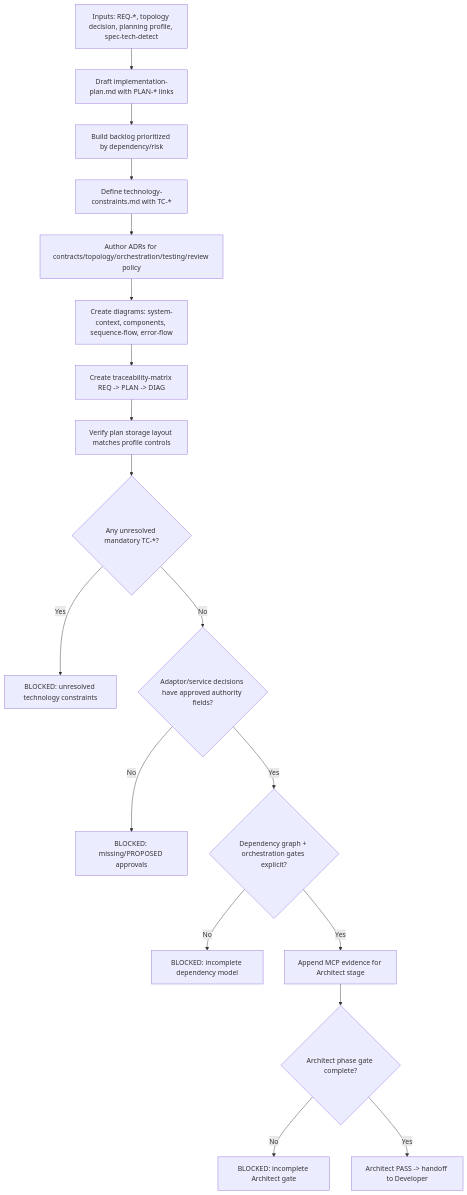
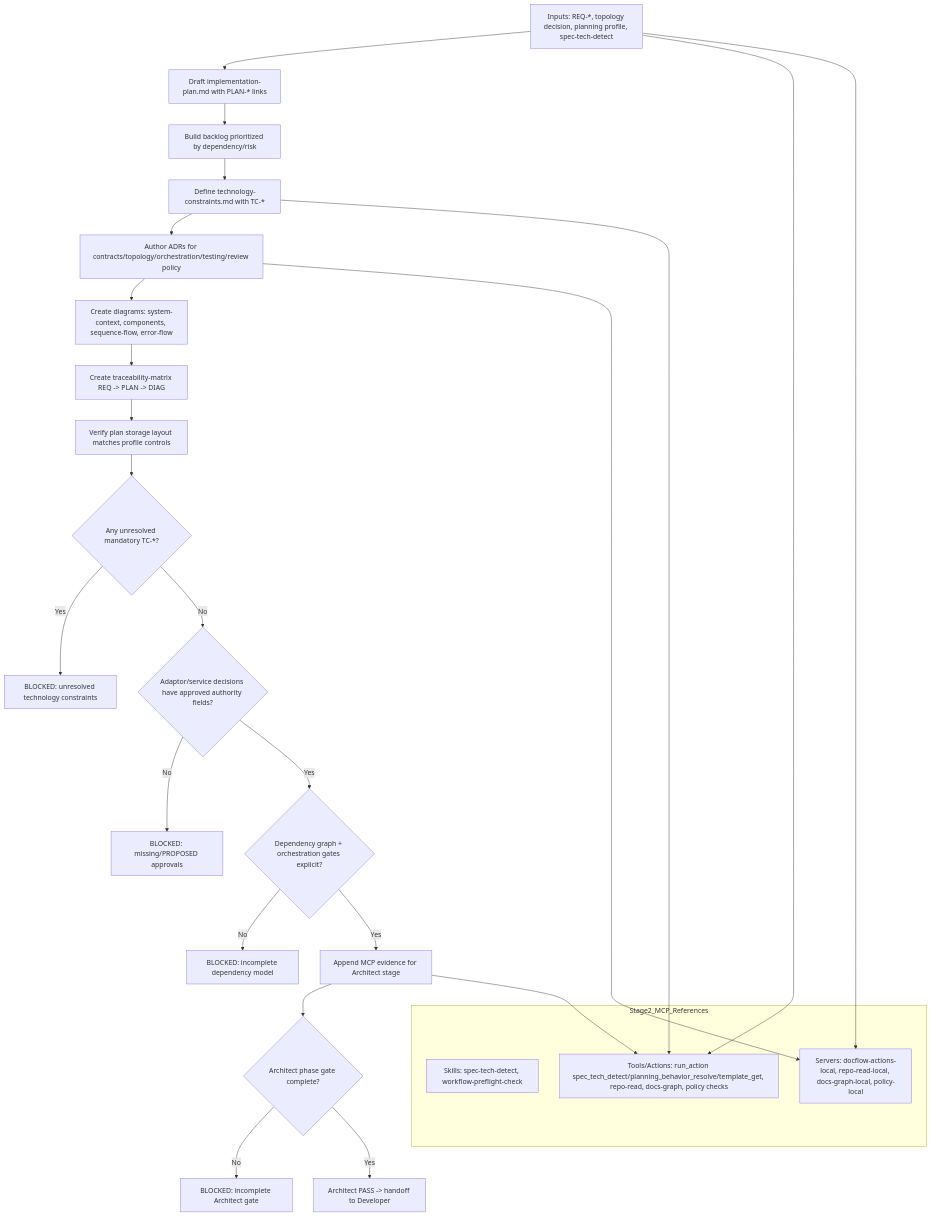
One commit to orbsfoc/iqpe-governance-workflow changed the diagram in ProcessDocs/stage-02-architect.mmd. Above: the diagram before and after it, drawn with Mermaid. The commit also changed 4 other files, not shown here.

Commit message:
Annotate stage diagrams with MCP servers, tools, and skills

```diff
--- a/ProcessDocs/stage-02-architect.mmd
+++ b/ProcessDocs/stage-02-architect.mmd
@@ -1,23 +1,35 @@
 flowchart TD
     A0[Inputs: REQ-*, topology decision, planning profile, spec-tech-detect] --> A1[Draft implementation-plan.md with PLAN-* links]
     A1 --> A2[Build backlog prioritized by dependency/risk]
     A2 --> A3[Define technology-constraints.md with TC-*]
     A3 --> A4[Author ADRs for contracts/topology/orchestration/testing/review policy]
 
     A4 --> A5[Create diagrams: system-context, components, sequence-flow, error-flow]
     A5 --> A6[Create traceability-matrix REQ -> PLAN -> DIAG]
     A6 --> A7[Verify plan storage layout matches profile controls]
 
     A7 --> G1{Any unresolved mandatory TC-*?}
     G1 -- Yes --> B1[BLOCKED: unresolved technology constraints]
     G1 -- No --> G2{Adaptor/service decisions have approved authority fields?}
 
     G2 -- No --> B2[BLOCKED: missing/PROPOSED approvals]
     G2 -- Yes --> G3{Dependency graph + orchestration gates explicit?}
 
     G3 -- No --> B3[BLOCKED: incomplete dependency model]
     G3 -- Yes --> E1[Append MCP evidence for Architect stage]
 
     E1 --> G4{Architect phase gate complete?}
     G4 -- No --> B4[BLOCKED: incomplete Architect gate]
     G4 -- Yes --> PASS[Architect PASS -> handoff to Developer]
+
+        subgraph Stage2_MCP_References
+            SK2[Skills: spec-tech-detect, workflow-preflight-check]
+            T2A[Tools/Actions: run_action spec_tech_detect/planning_behavior_resolve/template_get, repo-read, docs-graph, policy checks]
+            SV2[Servers: docflow-actions-local, repo-read-local, docs-graph-local, policy-local]
+        end
+
+        A0 --> T2A
+        A0 --> SV2
+        A3 --> T2A
+        A4 --> SV2
+        E1 --> T2A
```
